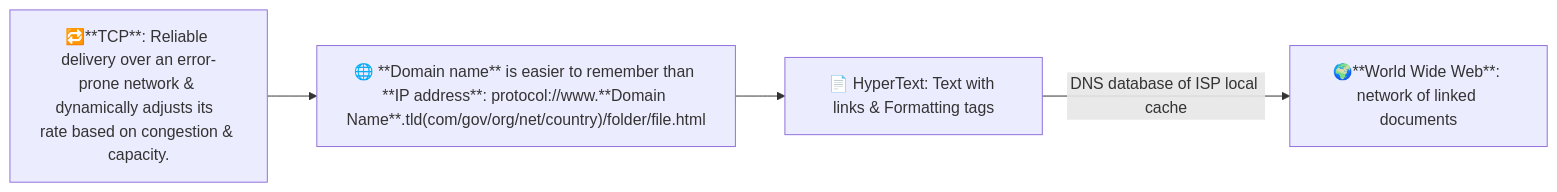
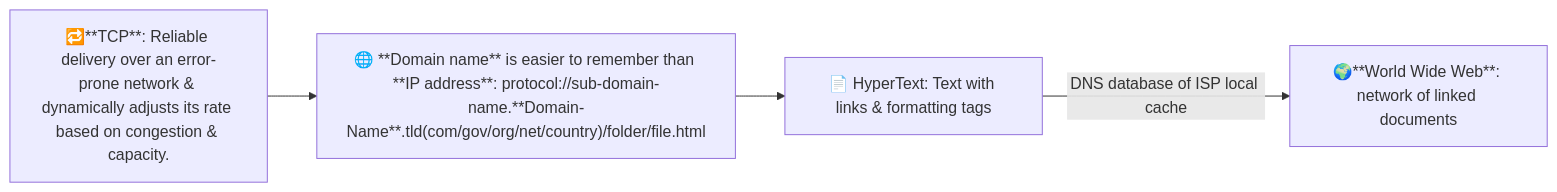
One commit to 24f2007780/app-dev-book changed the second of 3 diagrams in docs/appdev-I-theory/week1/1-network-history-TCP.md. Above: the diagram before and after it, drawn with Mermaid. The commit also changed other lines of this file and 196 other files, not shown here.

````diff
--- a/docs/appdev-I-theory/week1/1-network-history-TCP.md
+++ b/docs/appdev-I-theory/week1/1-network-history-TCP.md
@@ -19,8 +19,8 @@
 ```mermaid
 flowchart LR
-tcp["🔁**TCP**: Reliable delivery over an error-prone network & dynamically adjusts its  rate based on congestion & capacity."] 
-domain["🌐 **Domain name** is easier to remember than **IP address**: protocol://www.**Domain Name**.tld(com/gov/org/net/country)/folder/file.html"]
-http["📄 HyperText: Text with links & Formatting tags"]
+tcp["🔁**TCP**: Reliable delivery over an error-prone network & dynamically adjusts its rate based on congestion & capacity."] 
+domain["🌐 **Domain name** is easier to remember than **IP address**: protocol://sub-domain-name.**Domain-Name**.tld(com/gov/org/net/country)/folder/file.html"]
+http["📄 HyperText: Text with links & formatting tags"]
 web["🌍**World Wide Web**: network of linked documents"]
 tcp --> domain --> http --"DNS database of ISP local cache"--> web 
 ```
````
